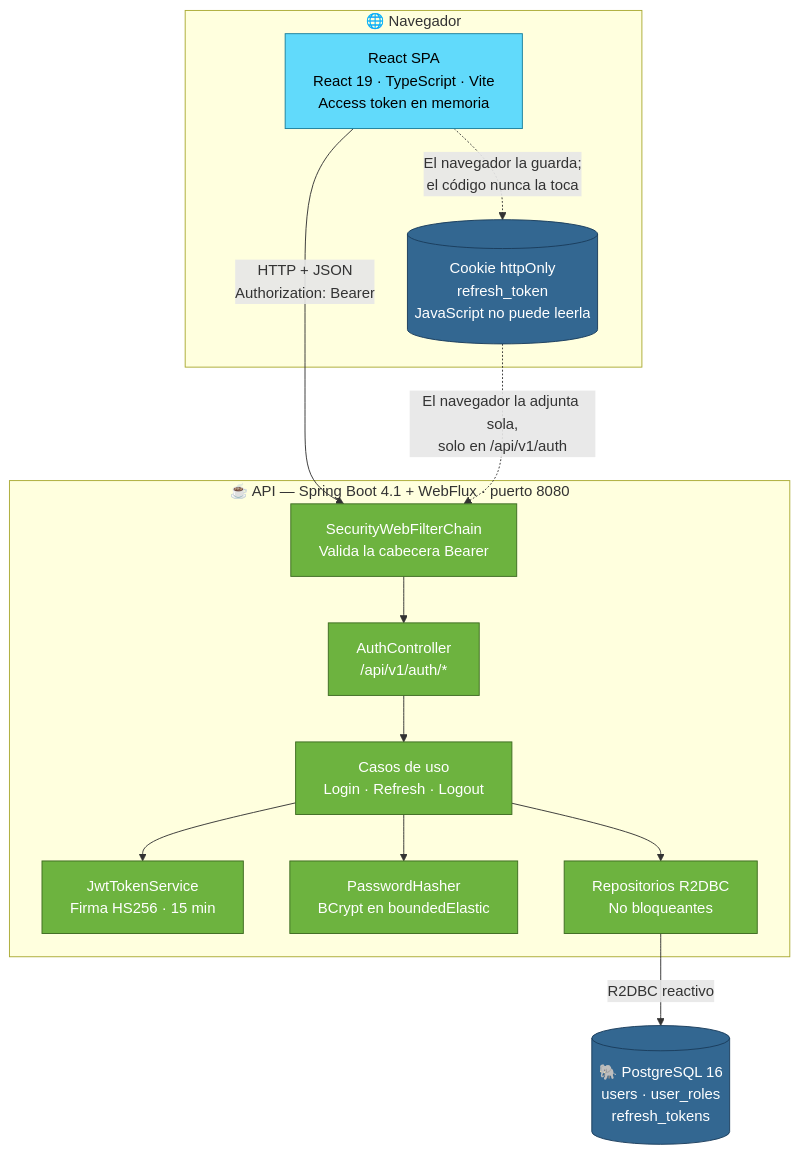
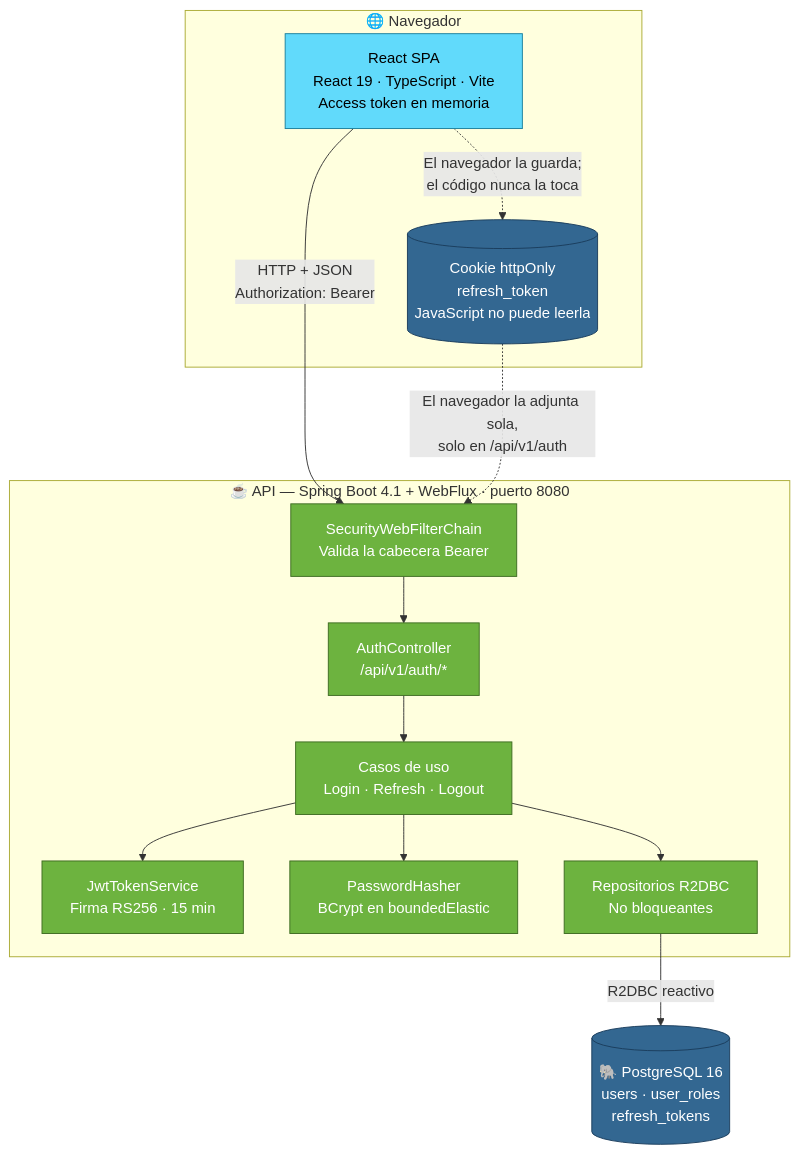
One commit to Sergio-Osorio09/gestor-accesos changed the diagram in README.md. Above: the diagram before and after it, drawn with Mermaid. The commit also changed other lines of this file and 11 other files, not shown here.

````diff
--- a/README.md
+++ b/README.md
@@ -17,35 +17,35 @@
 ```mermaid
 graph TB
     subgraph navegador["🌐 Navegador"]
         SPA["React SPA<br/>React 19 · TypeScript · Vite<br/>Access token en memoria"]
         COOKIE[("Cookie httpOnly<br/>refresh_token<br/>JavaScript no puede leerla")]
     end
 
     subgraph servidor["☕ API — Spring Boot 4.1 + WebFlux · puerto 8080"]
         SEC["SecurityWebFilterChain<br/>Valida la cabecera Bearer"]
         CTRL["AuthController<br/>/api/v1/auth/*"]
         UC["Casos de uso<br/>Login · Refresh · Logout"]
-        JWT["JwtTokenService<br/>Firma HS256 · 15 min"]
+        JWT["JwtTokenService<br/>Firma RS256 · 15 min"]
         HASH["PasswordHasher<br/>BCrypt en boundedElastic"]
         REPO["Repositorios R2DBC<br/>No bloqueantes"]
     end
 
     DB[("🐘 PostgreSQL 16<br/>users · user_roles<br/>refresh_tokens")]
 
     SPA -->|"HTTP + JSON<br/>Authorization: Bearer"| SEC
     COOKIE -.->|"El navegador la adjunta sola,<br/>solo en /api/v1/auth"| SEC
     SEC --> CTRL
     CTRL --> UC
     UC --> JWT
     UC --> HASH
     UC --> REPO
     REPO -->|"R2DBC reactivo"| DB
     SPA -.->|"El navegador la guarda;<br/>el código nunca la toca"| COOKIE
 
     classDef front fill:#61dafb,stroke:#1a7f9c,color:#000
     classDef back fill:#6db33f,stroke:#3d6b21,color:#fff
     classDef data fill:#336791,stroke:#1a3d5c,color:#fff
     class SPA front
     class SEC,CTRL,UC,JWT,HASH,REPO back
     class COOKIE,DB data
 ```
````
